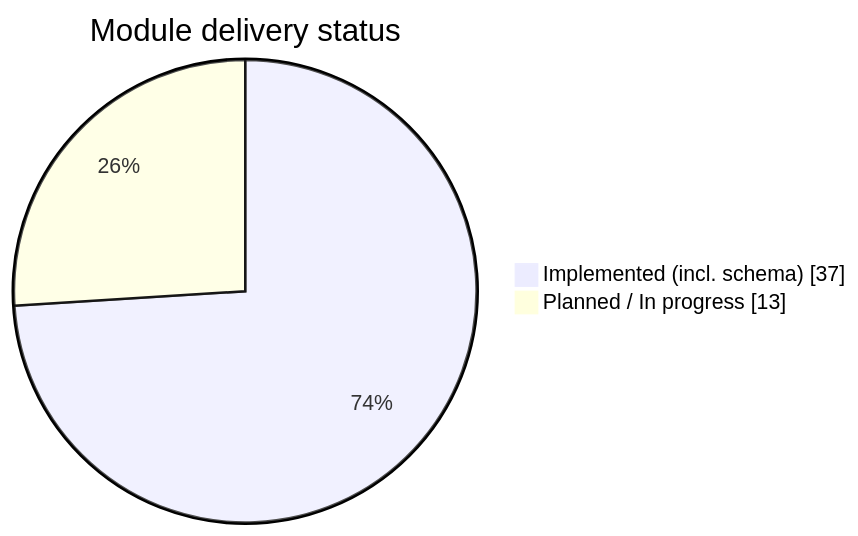
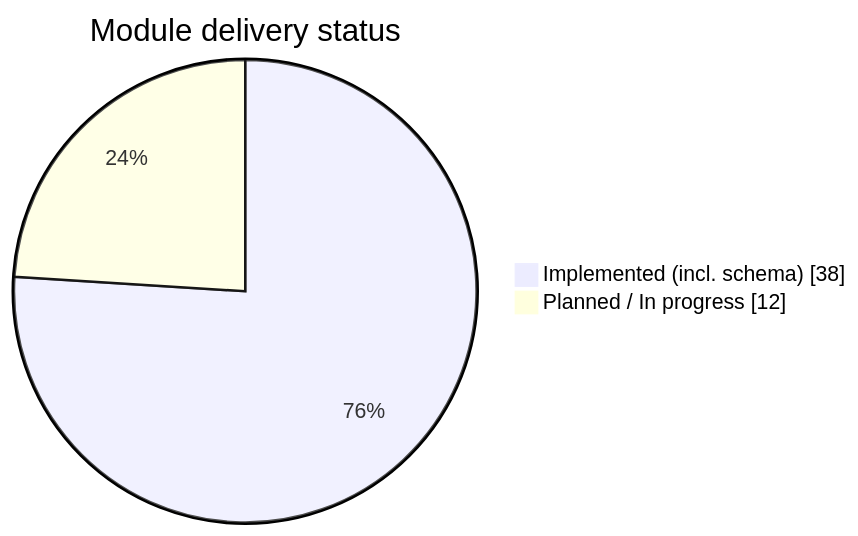
One commit to RITH-1437/educore changed the first of 2 diagrams in docs/6_Module-Status-and-Roadmap.md. Above: the diagram before and after it, drawn with Mermaid. The commit also changed other lines of this file and 28 other files, not shown here.

````diff
--- a/docs/6_Module-Status-and-Roadmap.md
+++ b/docs/6_Module-Status-and-Roadmap.md
@@ -47,6 +47,6 @@
 ```mermaid
 pie showData
   title Module delivery status
-  "Implemented (incl. schema)" : 37
-  "Planned / In progress" : 13
+  "Implemented (incl. schema)" : 38
+  "Planned / In progress" : 12
 ```
````
